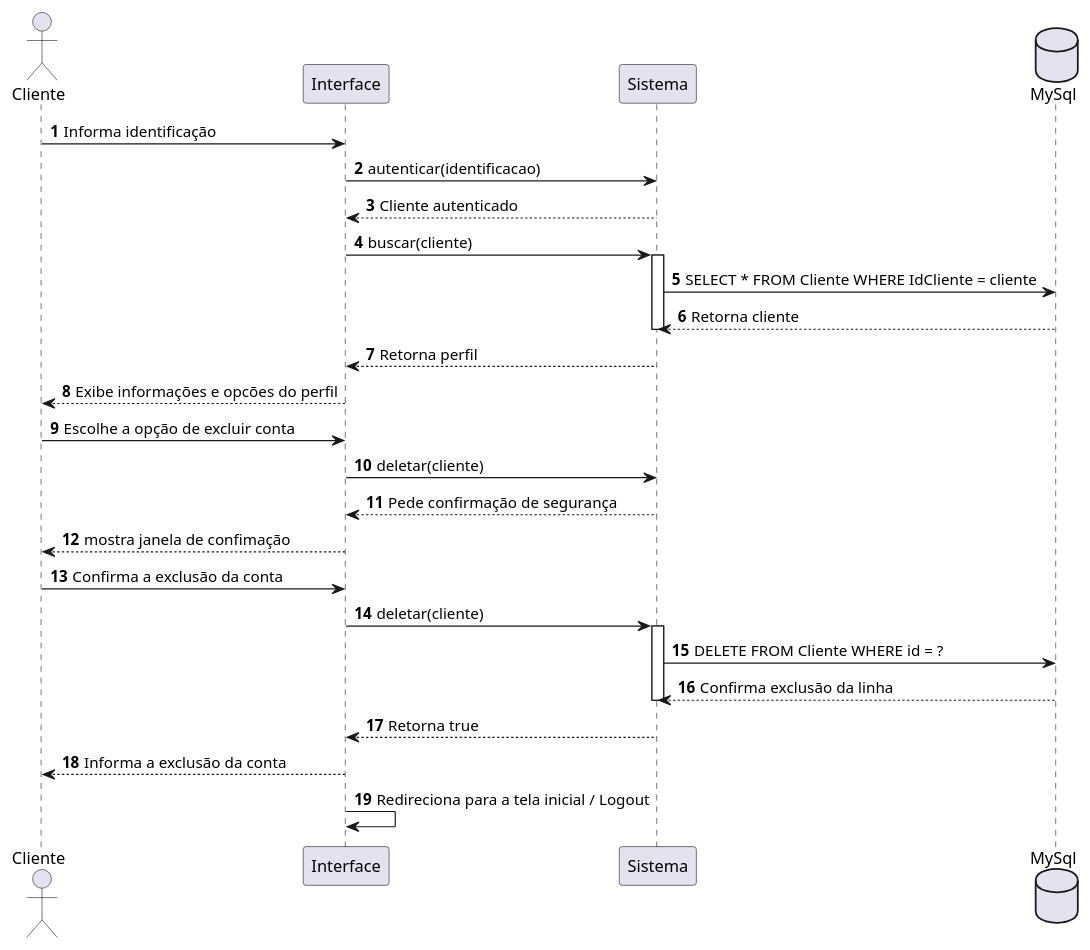
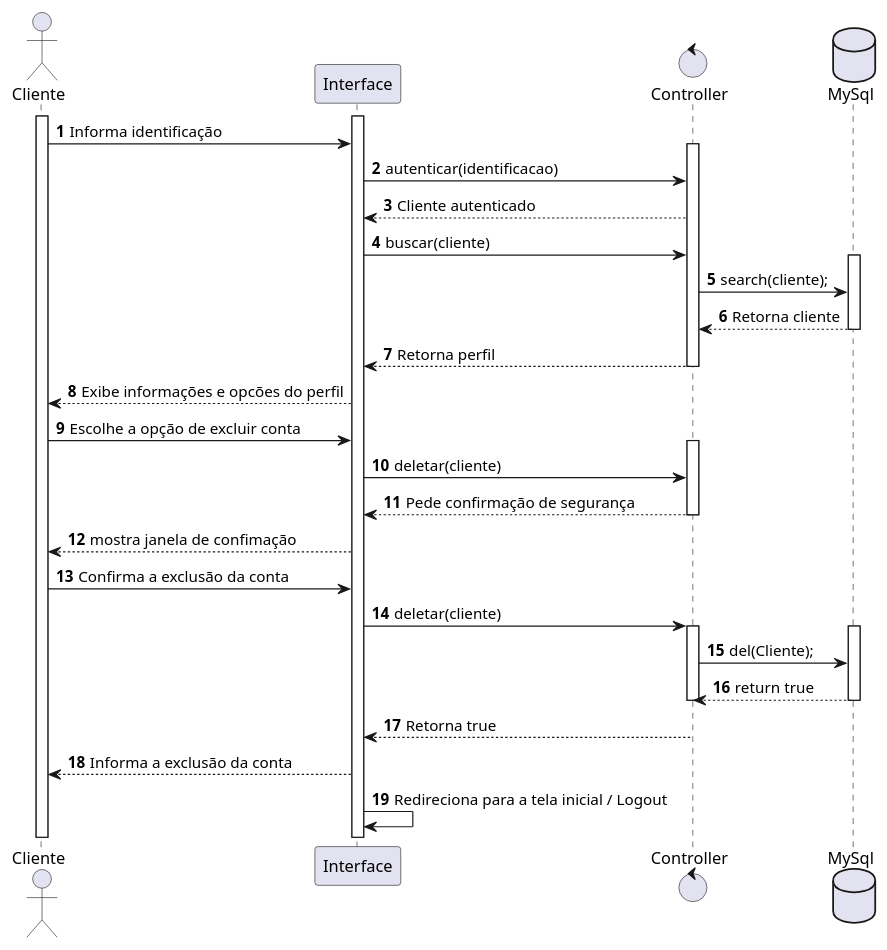
Before and after one commit to Gnunes27/Projeto-DSC: the fourth of 8 diagrams in Documentação/Diagramas/Diagramas de Sequencia/Script Diagramas de Sequencia.md, drawn with PlantUML. The commit also changed other lines of this file, not shown here.

Commit message:
Refatorando diagramas de sequência e atualizando interações

````diff
--- a/Documentação/Diagramas/Diagramas de Sequencia/Script Diagramas de Sequencia.md
+++ b/Documentação/Diagramas/Diagramas de Sequencia/Script Diagramas de Sequencia.md
@@ -166,39 +200,53 @@
 ```plantuml
 @startuml
 autonumber
 
 actor "Cliente" as Cliente
 participant "Interface" as Tela
-participant "Sistema" as Sis
+control "Controller" as Sis
 database "MySql" as BD
 
+activate Cliente
+activate Tela
+
 Cliente -> Tela: Informa identificação
+
+activate Sis
+
 Tela -> Sis: autenticar(identificacao)
 Sis --> Tela: Cliente autenticado
 
 Tela -> Sis: buscar(cliente)
-activate Sis
-Sis -> BD: SELECT * FROM Cliente WHERE IdCliente = cliente
+
+activate BD
+Sis -> BD: search(cliente);
 BD --> Sis: Retorna cliente
+deactivate BD
+
+Sis --> Tela: Retorna perfil
 deactivate Sis
-Sis --> Tela: Retorna perfil
 Tela --> Cliente: Exibe informações e opcões do perfil
 
 Cliente -> Tela: Escolhe a opção de excluir conta
+activate Sis
 Tela -> Sis: deletar(cliente)
 Sis --> Tela: Pede confirmação de segurança
+deactivate Sis
 Tela --> Cliente: mostra janela de confimação
 
 Cliente -> Tela: Confirma a exclusão da conta
 Tela -> Sis: deletar(cliente)
 activate Sis
-Sis -> BD: DELETE FROM Cliente WHERE id = ?
-BD --> Sis: Confirma exclusão da linha
+activate BD
+Sis -> BD: del(Cliente);
+BD --> Sis: return true
+deactivate BD
 deactivate Sis
 
 Sis --> Tela: Retorna true
 Tela --> Cliente: Informa a exclusão da conta 
 Tela -> Tela: Redireciona para a tela inicial / Logout
 
 @enduml
+
 ```
````
